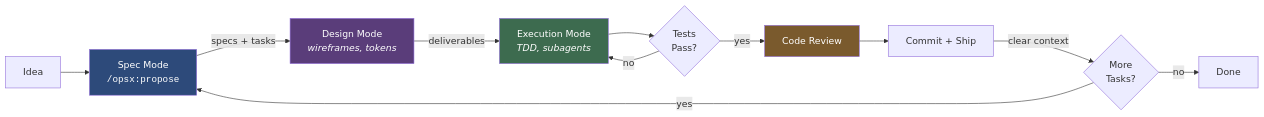
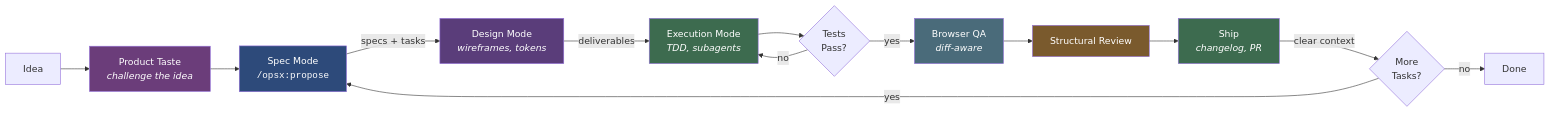
One commit to gregario/AI-Factory changed the second of 2 diagrams in README.md. Above: the diagram before and after it, drawn with Mermaid. The commit also changed other lines of this file, not shown here.

````diff
--- a/README.md
+++ b/README.md
@@ -75,18 +77,23 @@
 ```mermaid
 graph LR
-    A["Idea"] --> B["Spec Mode<br/><code>/opsx:propose</code>"]
+    A["Idea"] --> PT["Product Taste<br/><i>challenge the idea</i>"]
+    PT --> B["Spec Mode<br/><code>/opsx:propose</code>"]
     B -->|"specs + tasks"| C["Design Mode<br/><i>wireframes, tokens</i>"]
     C -->|"deliverables"| D["Execution Mode<br/><i>TDD, subagents</i>"]
     D --> E{"Tests<br/>Pass?"}
     E -->|"no"| D
-    E -->|"yes"| F["Code Review"]
-    F --> G["Commit + Ship"]
+    E -->|"yes"| QA["Browser QA<br/><i>diff-aware</i>"]
+    QA --> F["Structural Review"]
+    F --> G["Ship<br/><i>changelog, PR</i>"]
     G -->|"clear context"| H{"More<br/>Tasks?"}
     H -->|"yes"| B
     H -->|"no"| I["Done"]
 
+    style PT fill:#6b3d7a,color:#fff
     style B fill:#2d4a7a,color:#fff
     style C fill:#5a3d7a,color:#fff
     style D fill:#3d6b4f,color:#fff
+    style QA fill:#4a6b7a,color:#fff
     style F fill:#7a5a2d,color:#fff
+    style G fill:#3d6b4f,color:#fff
 ```
````
